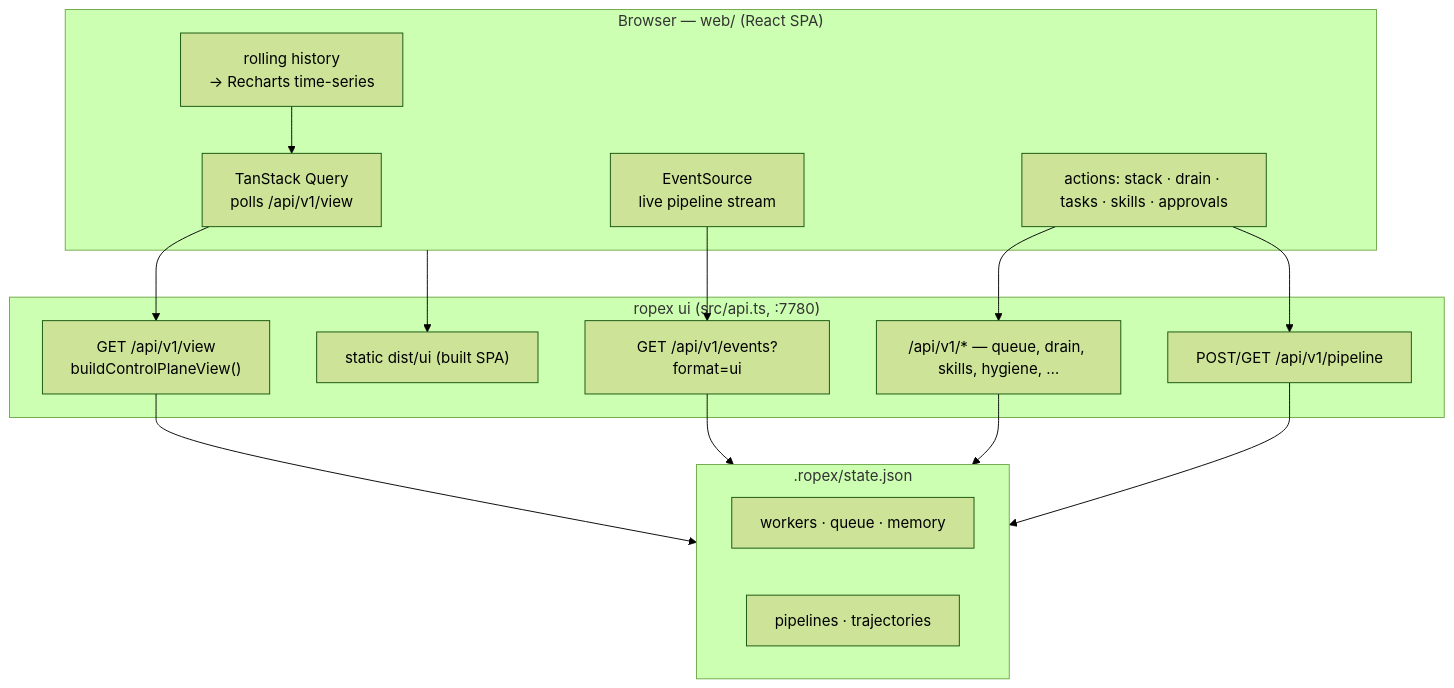
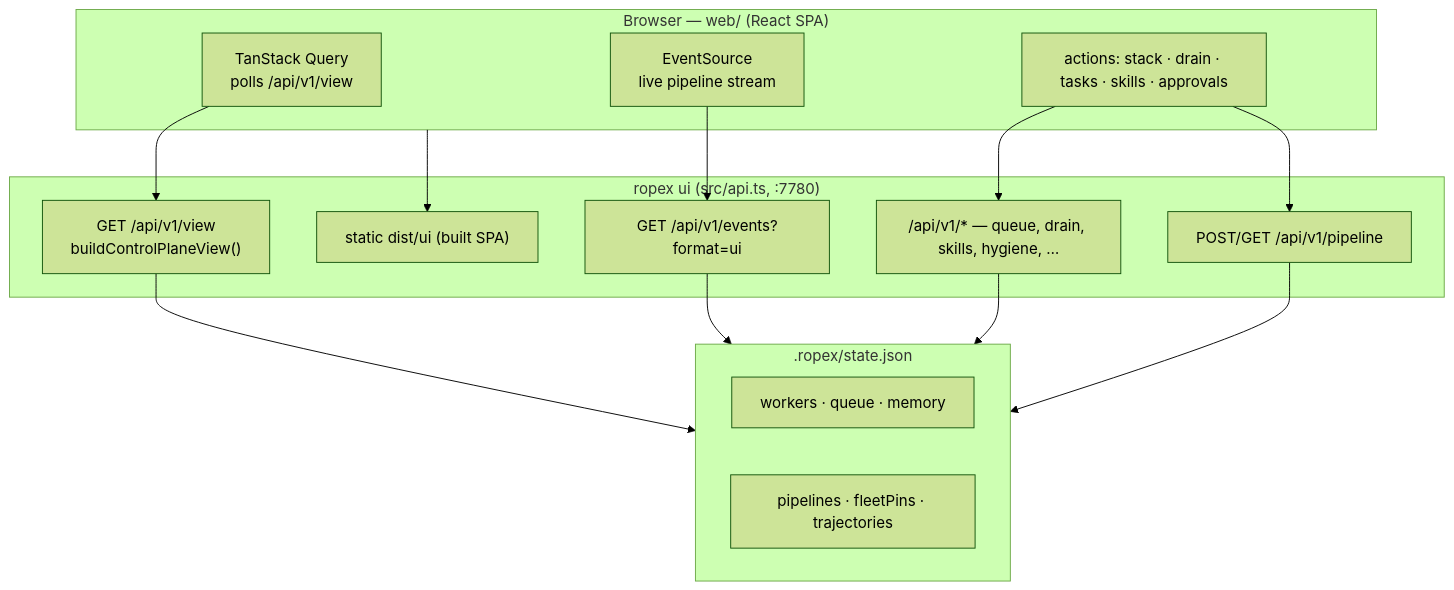
The diagram in docs/control-plane-ui.md (amirsdream/ropex), drawn with Mermaid (forest theme) before and after one commit. The commit also changed other lines of this file and 26 other files, not shown here.

````diff
--- a/docs/control-plane-ui.md
+++ b/docs/control-plane-ui.md
@@ -108,29 +101,27 @@
 ```mermaid
 flowchart TB
   subgraph Browser["Browser — web/ (React SPA)"]
     Q["TanStack Query\npolls /api/v1/view"]
-    HIST["rolling history\n→ Recharts time-series"]
     SSE["EventSource\nlive pipeline stream"]
     ACT["actions: stack · drain · tasks · skills · approvals"]
   end
 
   subgraph Server["ropex ui (src/api.ts, :7780)"]
     VIEW["GET /api/v1/view\nbuildControlPlaneView()"]
     PIPE["POST/GET /api/v1/pipeline"]
     EV["GET /api/v1/events?format=ui"]
     REST["/api/v1/* — queue, drain, skills, hygiene, …"]
     STATIC["static dist/ui (built SPA)"]
   end
 
   subgraph State[".ropex/state.json"]
     W["workers · queue · memory"]
-    P["pipelines · trajectories"]
+    P["pipelines · fleetPins · trajectories"]
   end
 
   Q --> VIEW --> State
-  HIST --> Q
   SSE --> EV --> State
   ACT --> REST --> State
   ACT --> PIPE --> State
   Browser --> STATIC
 ```
````
